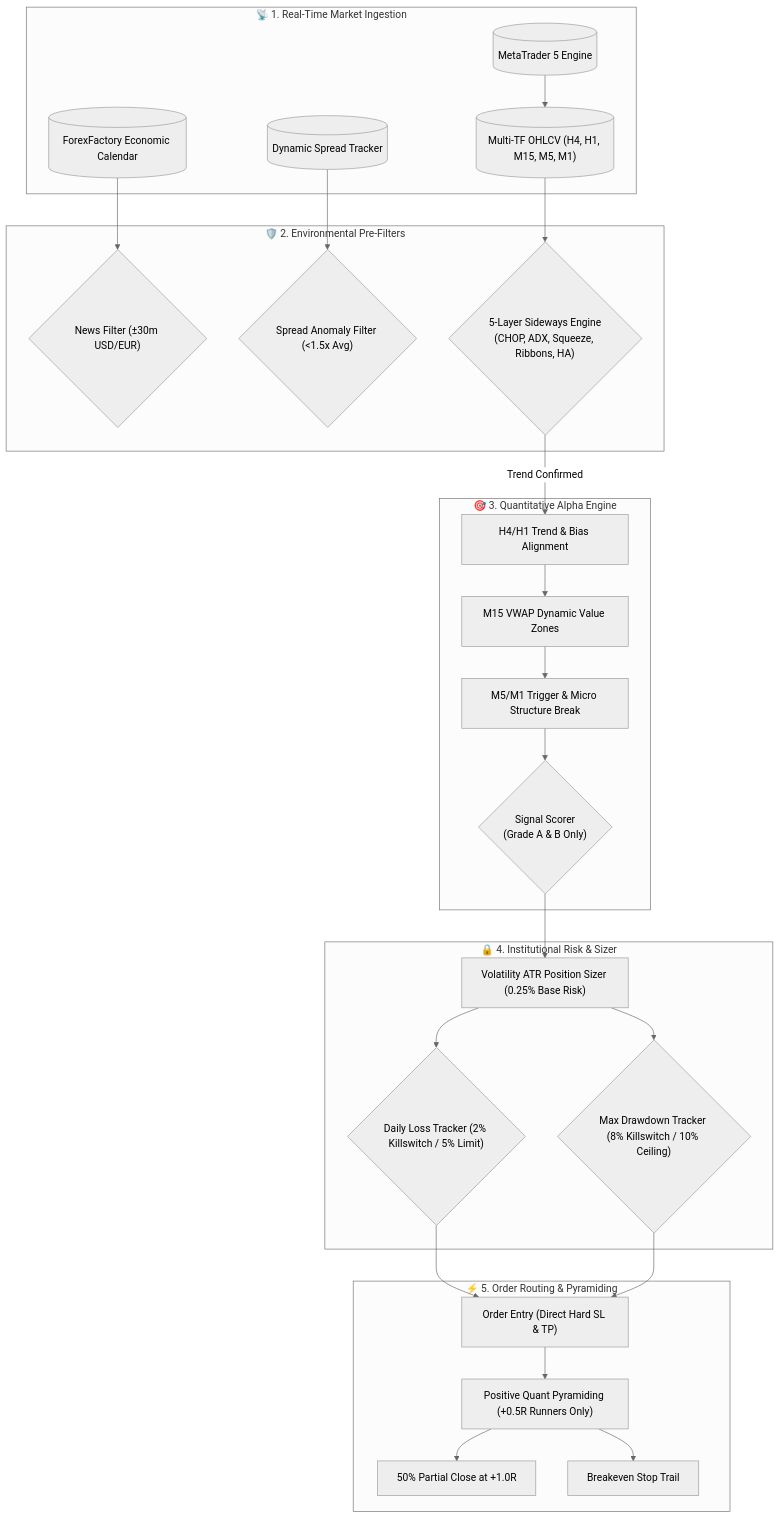
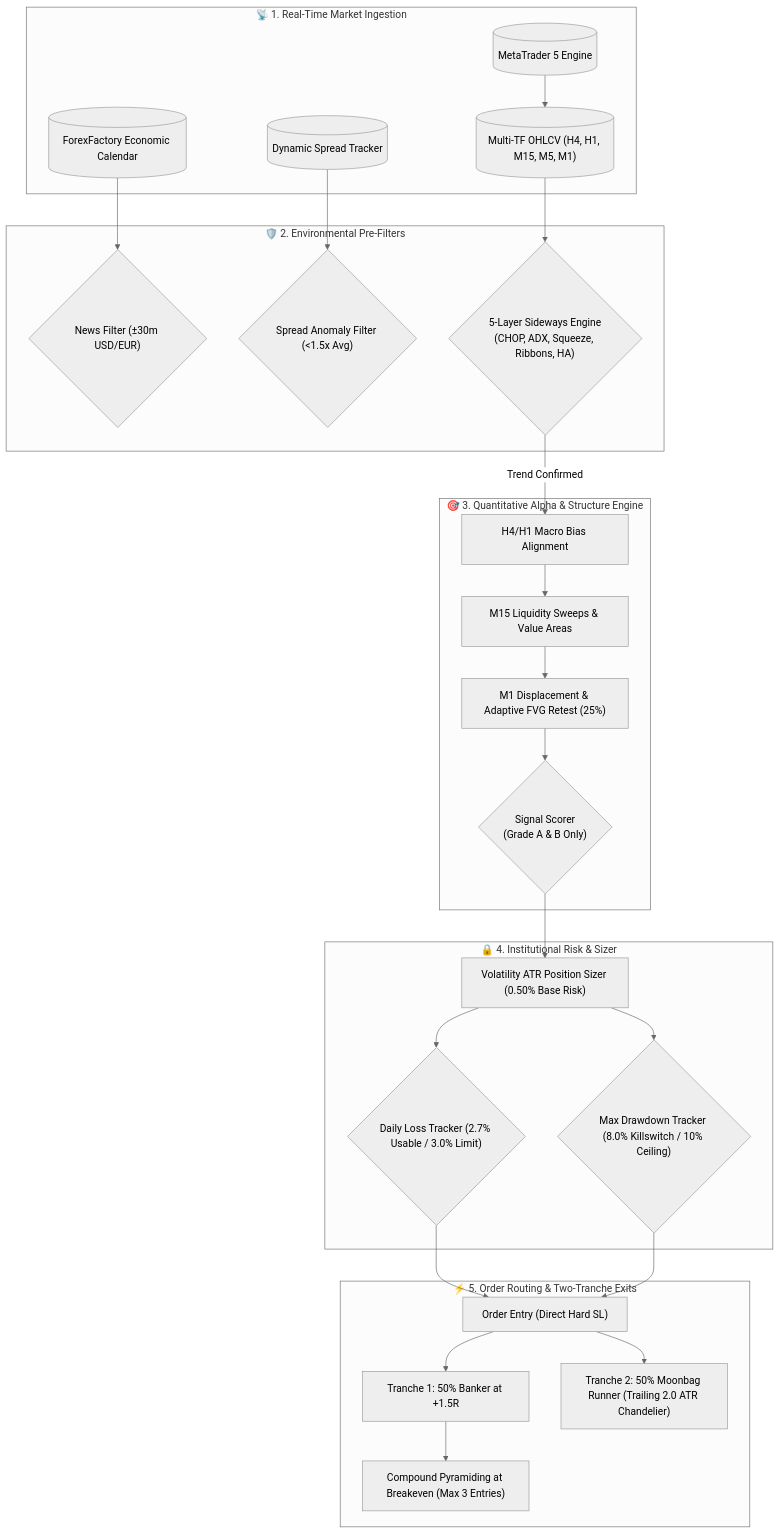
Before and after one commit to techsavvymohan/MatchingProp_algo_bot: the first of 2 diagrams in README.md, drawn with Mermaid (neutral theme). The commit also changed other lines of this file, not shown here.

Commit message:
docs: comprehensive update to README.md with 100% genuine data verification, two-tranche runner, and 336-test suite

````diff
--- a/README.md
+++ b/README.md
@@ -29,35 +49,35 @@
 ```mermaid
 flowchart TB
     subgraph MarketData ["📡 1. Real-Time Market Ingestion"]
         MT5[("MetaTrader 5 Engine")] --> TF[("Multi-TF OHLCV (H4, H1, M15, M5, M1)")]
         CAL[("ForexFactory Economic Calendar")]
         SPREAD[("Dynamic Spread Tracker")]
     end
 
     subgraph Filtration ["🛡️ 2. Environmental Pre-Filters"]
         CAL --> NF{"News Filter (±30m USD/EUR)"}
         SPREAD --> SF{"Spread Anomaly Filter (<1.5x Avg)"}
         TF --> SWF{"5-Layer Sideways Engine\n(CHOP, ADX, Squeeze, Ribbons, HA)"}
     end
 
-    subgraph Strategy ["🎯 3. Quantitative Alpha Engine"]
-        SWF -->|Trend Confirmed| H4H1["H4/H1 Trend & Bias Alignment"]
-        H4H1 --> M15Z["M15 VWAP Dynamic Value Zones"]
-        M15Z --> M5T["M5/M1 Trigger & Micro Structure Break"]
-        M5T --> SCORER{"Signal Scorer\n(Grade A & B Only)"}
+    subgraph Strategy ["🎯 3. Quantitative Alpha & Structure Engine"]
+        SWF -->|Trend Confirmed| H4H1["H4/H1 Macro Bias Alignment"]
+        H4H1 --> M15Z["M15 Liquidity Sweeps & Value Areas"]
+        M15Z --> M1T["M1 Displacement & Adaptive FVG Retest (25%)"]
+        M1T --> SCORER{"Signal Scorer\n(Grade A & B Only)"}
     end
 
     subgraph RiskManagement ["🔒 4. Institutional Risk & Sizer"]
-        SCORER --> SIZER["Volatility ATR Position Sizer (0.25% Base Risk)"]
-        SIZER --> DDL{"Daily Loss Tracker (2% Killswitch / 5% Limit)"}
-        SIZER --> MDD{"Max Drawdown Tracker (8% Killswitch / 10% Ceiling)"}
+        SCORER --> SIZER["Volatility ATR Position Sizer (0.50% Base Risk)"]
+        SIZER --> DDL{"Daily Loss Tracker (2.7% Usable / 3.0% Limit)"}
+        SIZER --> MDD{"Max Drawdown Tracker (8.0% Killswitch / 10% Ceiling)"}
     end
 
-    subgraph Execution ["⚡ 5. Order Routing & Pyramiding"]
-        DDL --> EXEC["Order Entry (Direct Hard SL & TP)"]
+    subgraph Execution ["⚡ 5. Order Routing & Two-Tranche Exits"]
+        DDL --> EXEC["Order Entry (Direct Hard SL)"]
         MDD --> EXEC
-        EXEC --> PYRA["Positive Quant Pyramiding (+0.5R Runners Only)"]
-        PYRA --> PCLOSE["50% Partial Close at +1.0R"]
-        PYRA --> BE["Breakeven Stop Trail"]
+        EXEC --> TRANCHE1["Tranche 1: 50% Banker at +1.5R"]
+        EXEC --> TRANCHE2["Tranche 2: 50% Moonbag Runner (Trailing 2.0 ATR Chandelier)"]
+        TRANCHE1 --> PYRA["Compound Pyramiding at Breakeven (Max 3 Entries)"]
     end
 ```
````
